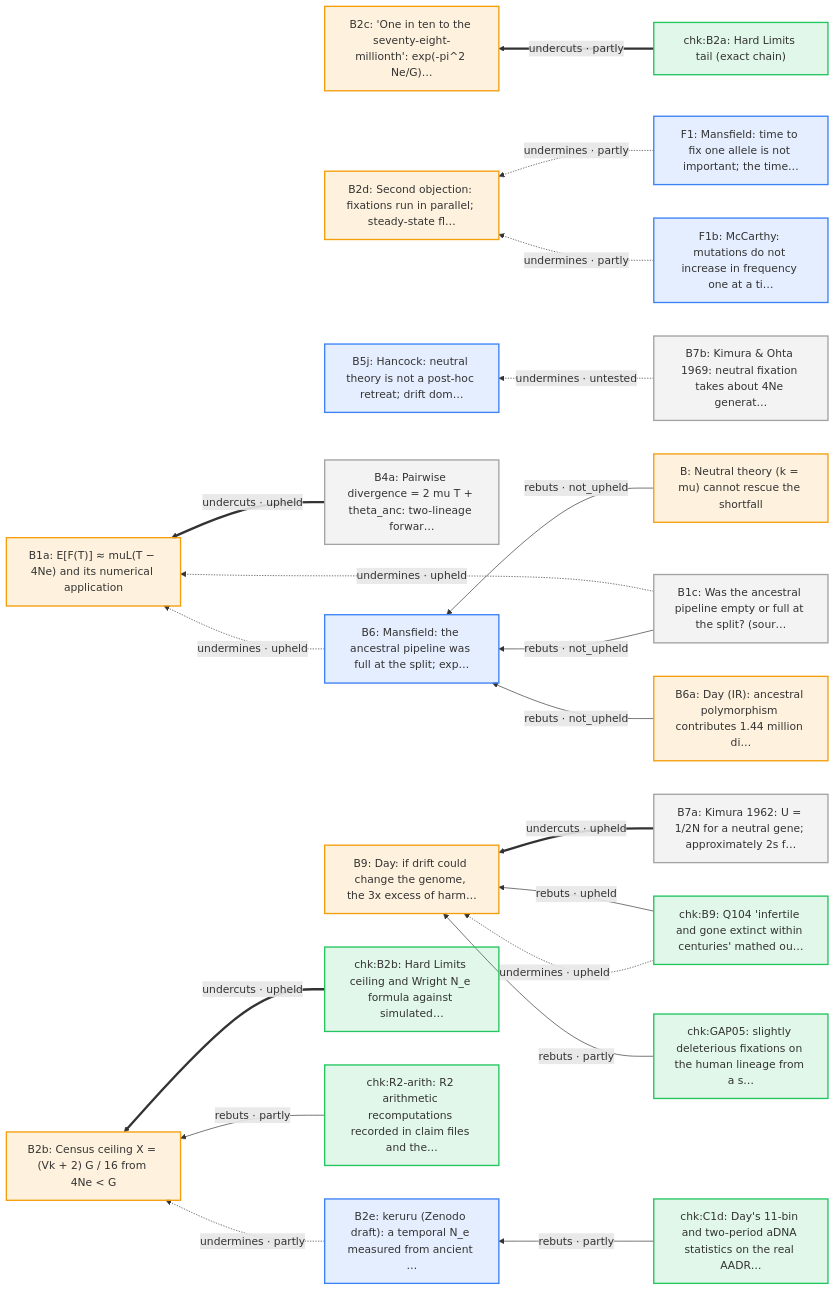
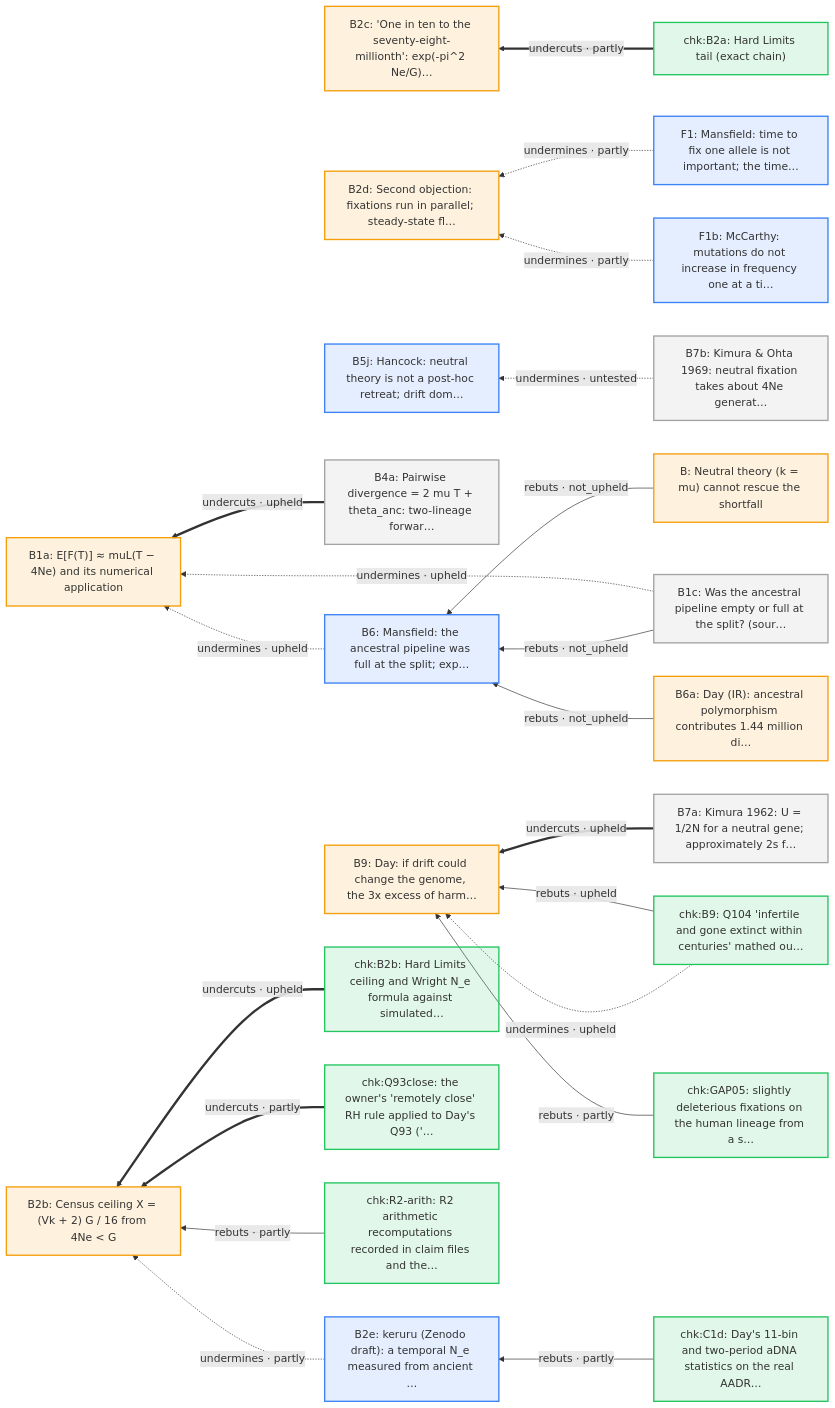
One commit to nickallevato/evo-sim changed the fifth of 23 diagrams in docs/arguments/defeaters.md. Above: the diagram before and after it, drawn with Mermaid. The commit also changed other lines of this file and 12 other files, not shown here.

First line of the commit message:
Integrate Q93close: review #81, RH-29 reading-dependent (dialectic), B2b Readings table, B5 note closed, argmap chk:Q93close d470-d472

````diff
--- a/docs/arguments/defeaters.md
+++ b/docs/arguments/defeaters.md
@@ -247,48 +247,50 @@
 ```mermaid
 flowchart RL
   classDef day fill:#f59e0b22,stroke:#f59e0b,stroke-width:2px
   classDef ally fill:#d9770622,stroke:#d97706,stroke-width:2px
   classDef critic fill:#3b82f622,stroke:#3b82f6,stroke-width:2px
   classDef literature fill:#a3a3a322,stroke:#a3a3a3,stroke-width:2px
   classDef audit fill:#22c55e22,stroke:#22c55e,stroke-width:2px
   B["B: Neutral theory (k = mu) cannot rescue the shortfall"]:::day
   B1a["B1a: E[F(T)] ≈ muL(T − 4Ne) and its numerical application"]:::day
   B1c["B1c: Was the ancestral pipeline empty or full at the split? (sour…"]:::literature
   B2b["B2b: Census ceiling X = (Vk + 2) G / 16 from 4Ne < G"]:::day
   B2c["B2c: 'One in ten to the seventy-eight-millionth': exp(-pi^2 Ne/G)…"]:::day
   B2d["B2d: Second objection: fixations run in parallel; steady-state fl…"]:::day
   B2e["B2e: keruru (Zenodo draft): a temporal N_e measured from ancient …"]:::critic
   B4a["B4a: Pairwise divergence = 2 mu T + theta_anc: two-lineage forwar…"]:::literature
   B5j["B5j: Hancock: neutral theory is not a post-hoc retreat; drift dom…"]:::critic
   B6["B6: Mansfield: the ancestral pipeline was full at the split; exp…"]:::critic
   B6a["B6a: Day (IR): ancestral polymorphism contributes 1.44 million di…"]:::day
   B7a["B7a: Kimura 1962: U = 1/2N for a neutral gene; approximately 2s f…"]:::literature
   B7b["B7b: Kimura & Ohta 1969: neutral fixation takes about 4Ne generat…"]:::literature
   B9["B9: Day: if drift could change the genome, the 3x excess of harm…"]:::day
   F1["F1: Mansfield: time to fix one allele is not important; the time…"]:::critic
   F1b["F1b: McCarthy: mutations do not increase in frequency one at a ti…"]:::critic
   chk_B2a["chk:B2a: Hard Limits tail (exact chain)"]:::audit
   chk_B2b["chk:B2b: Hard Limits ceiling and Wright N_e formula against simulated…"]:::audit
   chk_B9["chk:B9: Q104 'infertile and gone extinct within centuries' mathed ou…"]:::audit
   chk_C1d["chk:C1d: Day's 11-bin and two-period aDNA statistics on the real AADR…"]:::audit
   chk_GAP05["chk:GAP05: slightly deleterious fixations on the human lineage from a s…"]:::audit
+  chk_Q93close["chk:Q93close: the owner's 'remotely close' RH rule applied to Day's Q93 ('…"]:::audit
   chk_R2_arith["chk:R2-arith: R2 arithmetic recomputations recorded in claim files and the…"]:::audit
   B7b -.->|"undermines · untested"| B5j
   B7a ==>|"undercuts · upheld"| B9
   chk_B9 -->|"rebuts · upheld"| B9
   chk_B9 -.->|"undermines · upheld"| B9
   chk_GAP05 -->|"rebuts · partly"| B9
   B1c -.->|"undermines · upheld"| B1a
   B4a ==>|"undercuts · upheld"| B1a
   B6 -.->|"undermines · upheld"| B1a
   B -->|"rebuts · not_upheld"| B6
   B6a -->|"rebuts · not_upheld"| B6
   B1c -->|"rebuts · not_upheld"| B6
   chk_R2_arith -->|"rebuts · partly"| B2b
   B2e -.->|"undermines · partly"| B2b
   chk_B2b ==>|"undercuts · upheld"| B2b
+  chk_Q93close ==>|"undercuts · partly"| B2b
   chk_B2a ==>|"undercuts · partly"| B2c
   F1 -.->|"undermines · partly"| B2d
   F1b -.->|"undermines · partly"| B2d
   chk_C1d -->|"rebuts · partly"| B2e
 ```
````
